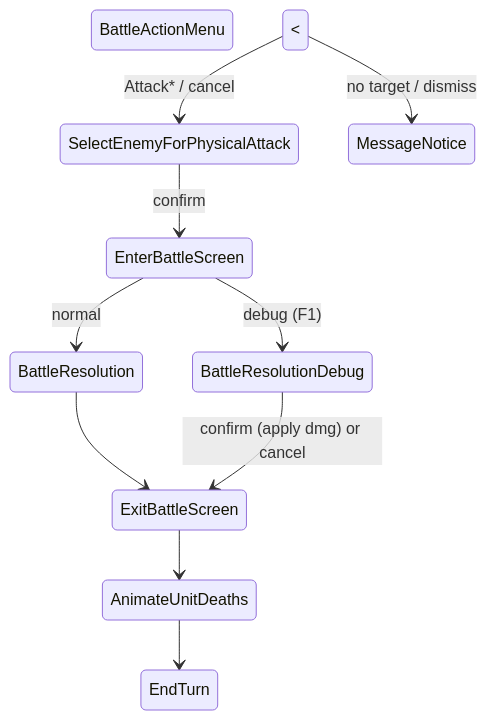
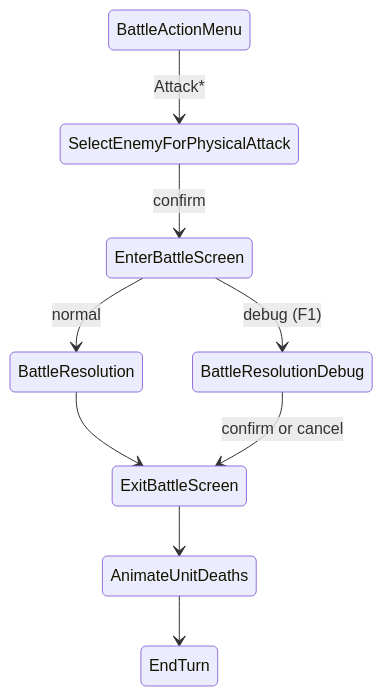
One commit to KonkeyDong/somber-inertia changed the second of 8 diagrams in State/state-machine.md. Above: the diagram before and after it, drawn with Mermaid. The commit also changed other lines of this file, not shown here.

````diff
--- a/State/state-machine.md
+++ b/State/state-machine.md
@@ -47,16 +44,12 @@
 ```mermaid
 stateDiagram-v2
-    BattleActionMenu <--> SelectEnemyForPhysicalAttack : Attack* / cancel
-    BattleActionMenu <--> MessageNotice : no target / dismiss
-
+    direction TB
+    BattleActionMenu --> SelectEnemyForPhysicalAttack : Attack*
     SelectEnemyForPhysicalAttack --> EnterBattleScreen : confirm
-
     EnterBattleScreen --> BattleResolution : normal
     EnterBattleScreen --> BattleResolutionDebug : debug (F1)
-
     BattleResolution --> ExitBattleScreen
-    BattleResolutionDebug --> ExitBattleScreen : confirm (apply dmg) or cancel
-
+    BattleResolutionDebug --> ExitBattleScreen : confirm or cancel
     ExitBattleScreen --> AnimateUnitDeaths
     AnimateUnitDeaths --> EndTurn
 ```
````
